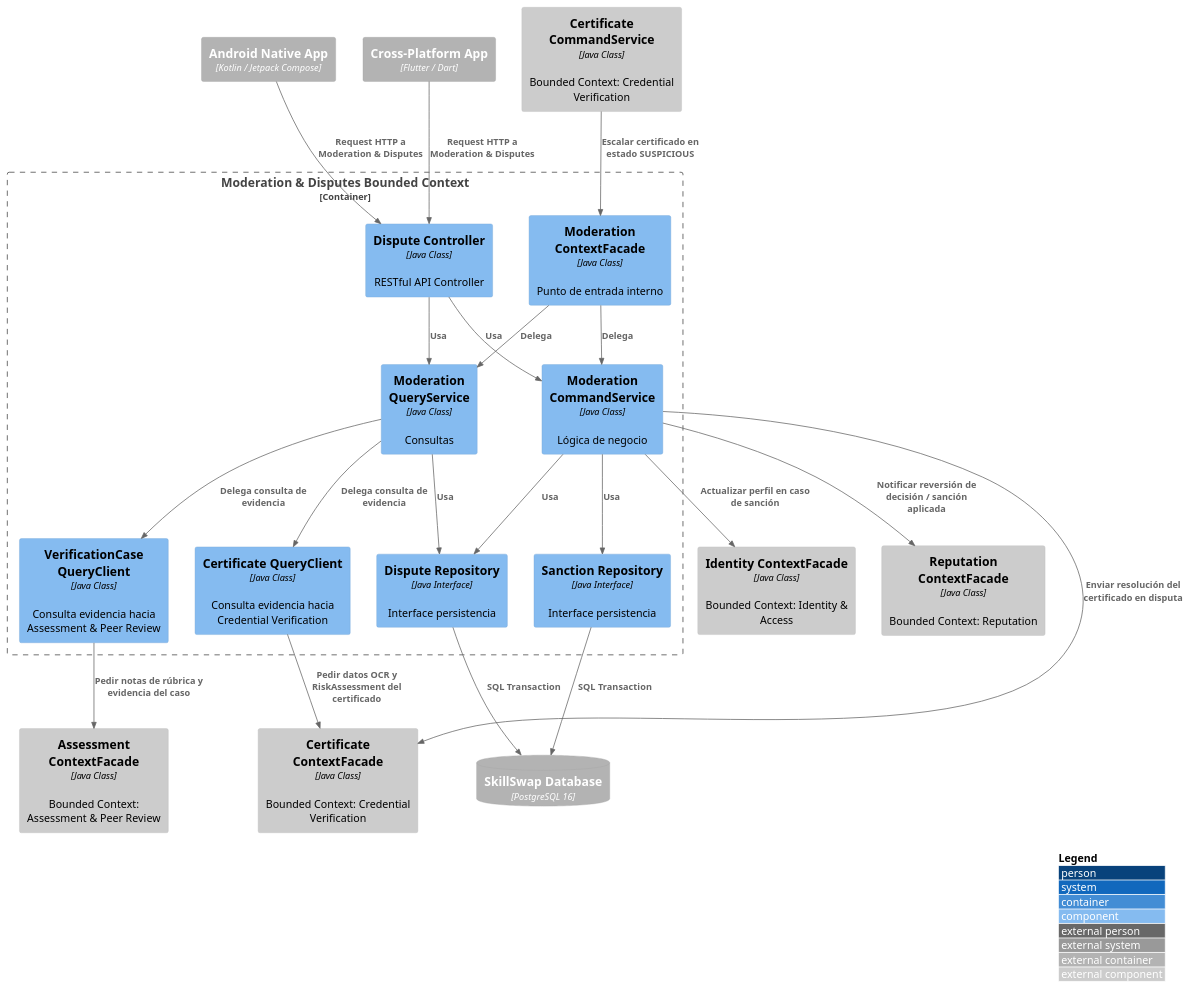
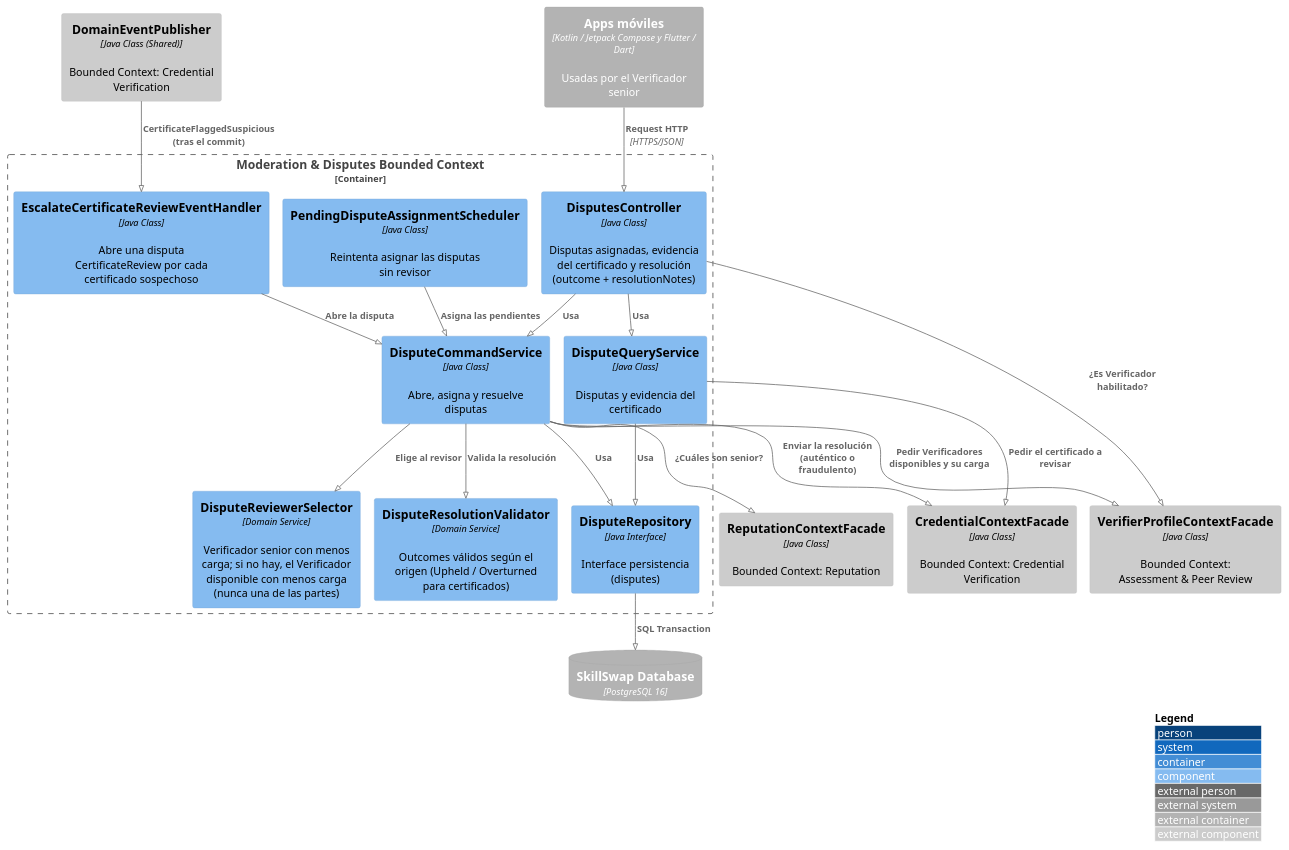
Before and after one commit to Aplicaciones-Dispositivos-Moviles/SkillSwap-ProjectReport: the diagram in DB&C4/Component Diagram — Moderation & Disputes.puml, drawn with PlantUML. The commit also changed 25 other files, not shown here.

First line of the commit message:
docs(images): regenerate C4, context map and component diagrams

```diff
--- a/DB&C4/Component Diagram — Moderation & Disputes.puml
+++ b/DB&C4/Component Diagram — Moderation & Disputes.puml
@@ -1,53 +1,46 @@
 @startuml ModerationDisputesComponent
+!pragma layout smetana
 !include https://raw.githubusercontent.com/plantuml-stdlib/C4-PlantUML/master/C4_Component.puml
 
 LAYOUT_WITH_LEGEND()
 
-Container_Ext(androidApp, "Android Native App", "Kotlin / Jetpack Compose")
-Container_Ext(flutterApp, "Cross-Platform App", "Flutter / Dart")
+Container_Ext(mobileApps, "Apps móviles", "Kotlin / Jetpack Compose y Flutter / Dart", "Usadas por el Verificador senior")
 ContainerDb_Ext(mainDB, "SkillSwap Database", "PostgreSQL 16")
 
 Container_Boundary(moderationBC, "Moderation & Disputes Bounded Context") {
-    Component(disputeController, "Dispute Controller", "Java Class", "RESTful API Controller")
-    Component(moderationCommandService, "Moderation CommandService", "Java Class", "Lógica de negocio")
-    Component(moderationQueryService, "Moderation QueryService", "Java Class", "Consultas")
-    Component(disputeRepository, "Dispute Repository", "Java Interface", "Interface persistencia")
-    Component(sanctionRepository, "Sanction Repository", "Java Interface", "Interface persistencia")
-    Component(certificateQueryClient, "Certificate QueryClient", "Java Class", "Consulta evidencia hacia Credential Verification")
-    Component(verificationCaseQueryClient, "VerificationCase QueryClient", "Java Class", "Consulta evidencia hacia Assessment & Peer Review")
-    Component(moderationContextFacade, "Moderation ContextFacade", "Java Class", "Punto de entrada interno")
+    Component(disputesController, "DisputesController", "Java Class", "Disputas asignadas, evidencia del certificado y resolución (outcome + resolutionNotes)")
+    Component(escalateHandler, "EscalateCertificateReviewEventHandler", "Java Class", "Abre una disputa CertificateReview por cada certificado sospechoso")
+    Component(pendingScheduler, "PendingDisputeAssignmentScheduler", "Java Class", "Reintenta asignar las disputas sin revisor")
+    Component(disputeCommandService, "DisputeCommandService", "Java Class", "Abre, asigna y resuelve disputas")
+    Component(disputeQueryService, "DisputeQueryService", "Java Class", "Disputas y evidencia del certificado")
+    Component(reviewerSelector, "DisputeReviewerSelector", "Domain Service", "Verificador senior con menos carga; si no hay, el Verificador disponible con menos carga (nunca una de las partes)")
+    Component(resolutionValidator, "DisputeResolutionValidator", "Domain Service", "Outcomes válidos según el origen (Upheld / Overturned para certificados)")
+    Component(disputeRepository, "DisputeRepository", "Java Interface", "Interface persistencia (disputes)")
 }
 
-Component_Ext(identityContextFacade, "Identity ContextFacade", "Java Class", "Bounded Context: Identity & Access")
-Component_Ext(reputationContextFacade, "Reputation ContextFacade", "Java Class", "Bounded Context: Reputation")
-Component_Ext(credentialContextFacade, "Certificate ContextFacade", "Java Class", "Bounded Context: Credential Verification")
-Component_Ext(credentialCommandService, "Certificate CommandService", "Java Class", "Bounded Context: Credential Verification")
-Component_Ext(assessmentContextFacade, "Assessment ContextFacade", "Java Class", "Bounded Context: Assessment & Peer Review")
+Component_Ext(credentialPublisher, "DomainEventPublisher", "Java Class (Shared)", "Bounded Context: Credential Verification")
+Component_Ext(credentialFacade, "CredentialContextFacade", "Java Class", "Bounded Context: Credential Verification")
+Component_Ext(verifierFacade, "VerifierProfileContextFacade", "Java Class", "Bounded Context: Assessment & Peer Review")
+Component_Ext(reputationFacade, "ReputationContextFacade", "Java Class", "Bounded Context: Reputation")
 
-Rel(androidApp, disputeController, "Request HTTP a Moderation & Disputes")
-Rel(flutterApp, disputeController, "Request HTTP a Moderation & Disputes")
+Rel(mobileApps, disputesController, "Request HTTP", "HTTPS/JSON")
+Rel(disputesController, disputeCommandService, "Usa")
+Rel(disputesController, disputeQueryService, "Usa")
+Rel(disputesController, verifierFacade, "¿Es Verificador habilitado?")
 
-Rel(disputeController, moderationCommandService, "Usa")
-Rel(disputeController, moderationQueryService, "Usa")
-Rel(moderationCommandService, disputeRepository, "Usa")
-Rel(moderationCommandService, sanctionRepository, "Usa")
-Rel(moderationQueryService, disputeRepository, "Usa")
+Rel(credentialPublisher, escalateHandler, "CertificateFlaggedSuspicious (tras el commit)")
+Rel(escalateHandler, disputeCommandService, "Abre la disputa")
+Rel(pendingScheduler, disputeCommandService, "Asigna las pendientes")
+
+Rel(disputeCommandService, reviewerSelector, "Elige al revisor")
+Rel(disputeCommandService, resolutionValidator, "Valida la resolución")
+Rel(disputeCommandService, disputeRepository, "Usa")
+Rel(disputeQueryService, disputeRepository, "Usa")
 Rel(disputeRepository, mainDB, "SQL Transaction")
-Rel(sanctionRepository, mainDB, "SQL Transaction")
 
-Rel(moderationQueryService, certificateQueryClient, "Delega consulta de evidencia")
-Rel(certificateQueryClient, credentialContextFacade, "Pedir datos OCR y RiskAssessment del certificado")
-
-Rel(moderationQueryService, verificationCaseQueryClient, "Delega consulta de evidencia")
-Rel(verificationCaseQueryClient, assessmentContextFacade, "Pedir notas de rúbrica y evidencia del caso")
-
-Rel(moderationCommandService, identityContextFacade, "Actualizar perfil en caso de sanción")
-Rel(moderationCommandService, reputationContextFacade, "Notificar reversión de decisión / sanción aplicada")
-Rel(moderationCommandService, credentialContextFacade, "Enviar resolución del certificado en disputa")
-
-Rel(moderationContextFacade, moderationCommandService, "Delega")
-Rel(moderationContextFacade, moderationQueryService, "Delega")
-
-Rel(credentialCommandService, moderationContextFacade, "Escalar certificado en estado SUSPICIOUS")
+Rel(disputeCommandService, verifierFacade, "Pedir Verificadores disponibles y su carga")
+Rel(disputeCommandService, reputationFacade, "¿Cuáles son senior?")
+Rel(disputeCommandService, credentialFacade, "Enviar la resolución (auténtico o fraudulento)")
+Rel(disputeQueryService, credentialFacade, "Pedir el certificado a revisar")
 
 @enduml
```
